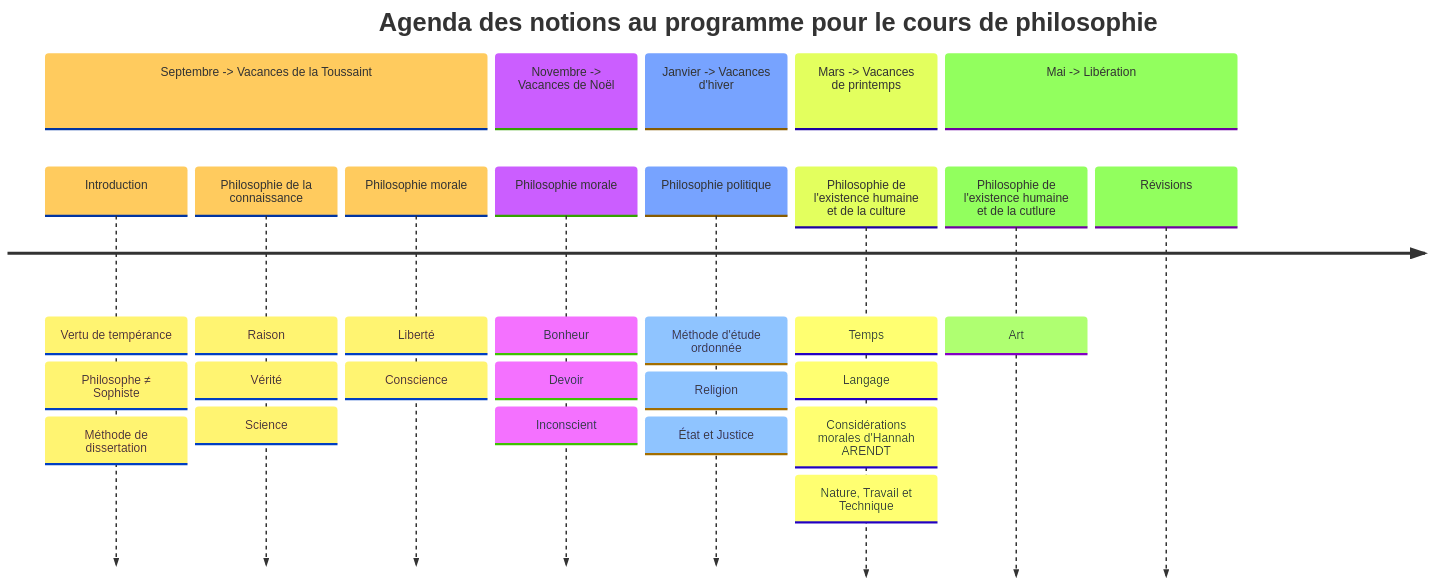
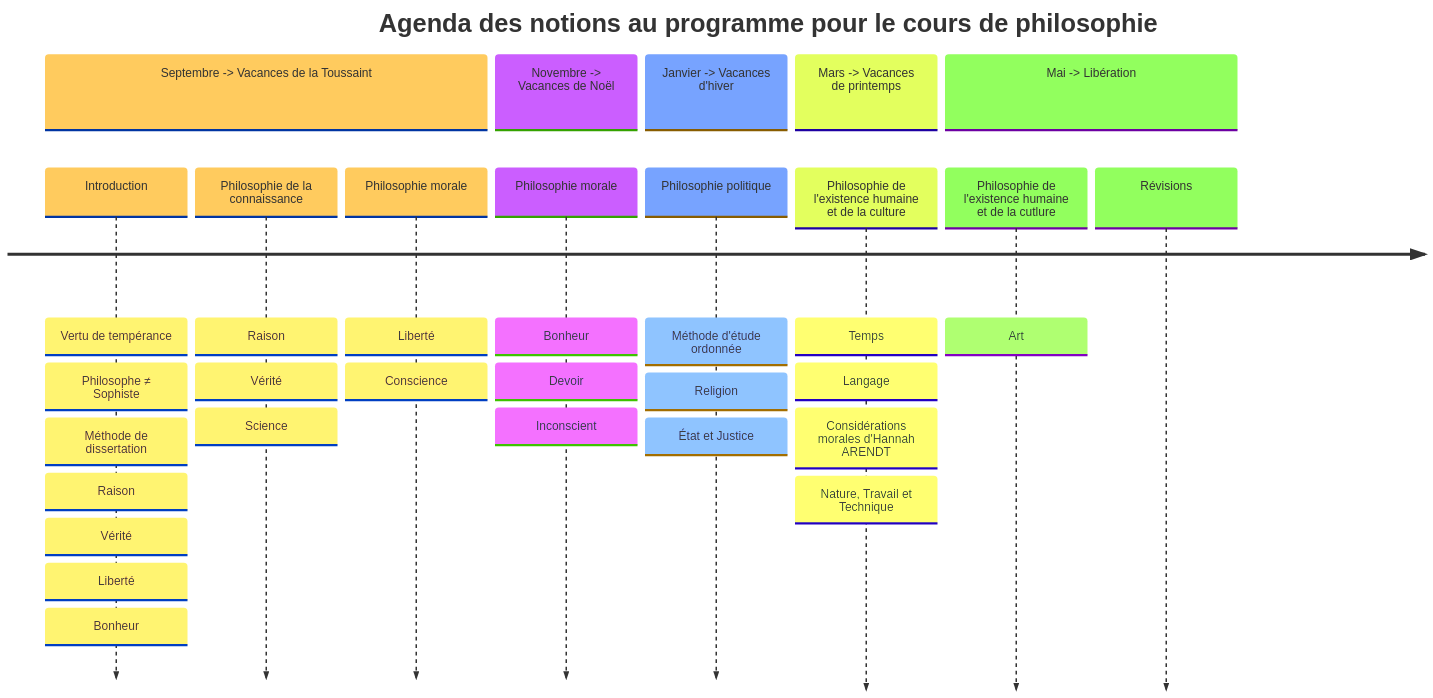
The diagram in PlanCours-notions.mmd (IpadDilectio/Mairmaid), drawn with Mermaid before and after one commit.

Commit message:
Update PlanCours-notions.mmd
J'ai ajouté les notions au programme qui seront utilisées dès le cours d'introduction

```diff
--- a/PlanCours-notions.mmd
+++ b/PlanCours-notions.mmd
@@ -1,21 +1,21 @@
 ---
 config:
   theme: base
   themeVariables:
     fontFamily: verdana
 ---
 timeline
     title Agenda des notions au programme pour le cours de philosophie
     section Septembre -> Vacances de la Toussaint
-        Introduction : Vertu de tempérance : Philosophe ≠ Sophiste : Méthode de dissertation
+        Introduction : Vertu de tempérance : Philosophe ≠ Sophiste : Méthode de dissertation : Raison : Vérité : Liberté : Bonheur
         Philosophie de la connaissance : Raison : Vérité : Science
         Philosophie morale : Liberté : Conscience
     section Novembre -> Vacances de Noël
         Philosophie morale : Bonheur : Devoir : Inconscient
     section Janvier -> Vacances d'hiver
         Philosophie politique : Méthode d'étude ordonnée : Religion : État et Justice
     section Mars -> Vacances de printemps
         Philosophie de l'existence humaine et de la culture : Temps : Langage : Considérations morales d'Hannah ARENDT : Nature, Travail et Technique
     section Mai -> Libération
         Philosophie de l'existence humaine et de la cutlure : Art
         Révisions
```
